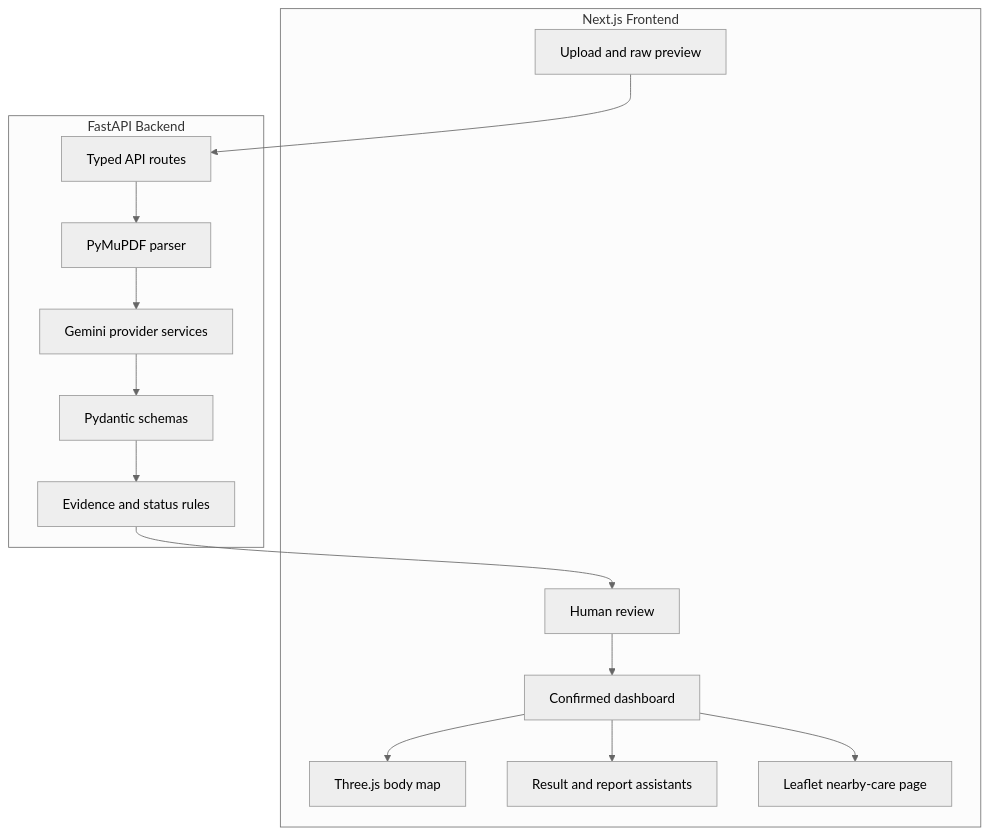
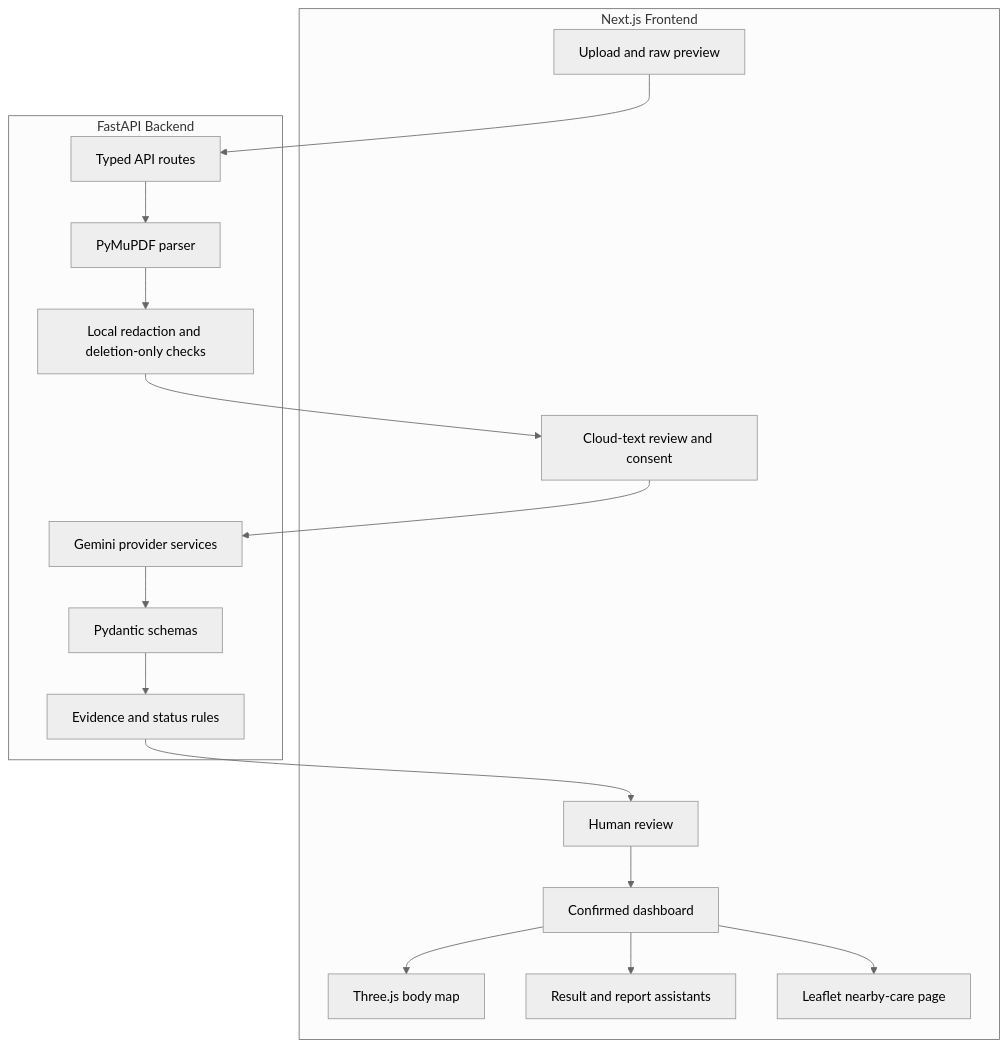
The second of 2 diagrams in README.md (Abdul-Zahid01/Clarity-Health-AI), drawn with Mermaid (neutral theme) before and after one commit. The commit also changed other lines of this file and 35 other files, not shown here.

First line of the commit message:
Improve educational atlas, privacy review, and RAG voice

````diff
--- a/README.md
+++ b/README.md
@@ -43,30 +45,34 @@
 ```mermaid
 flowchart TB
 	subgraph Web[Next.js Frontend]
 		Upload[Upload and raw preview]
+		PrivacyReview[Cloud-text review and consent]
 		Review[Human review]
 		Dashboard[Confirmed dashboard]
 		Anatomy[Three.js body map]
 		Chat[Result and report assistants]
 		Care[Leaflet nearby-care page]
 	end
 
 	subgraph API[FastAPI Backend]
 		Routes[Typed API routes]
 		Parser[PyMuPDF parser]
+		Privacy[Local redaction and deletion-only checks]
 		Models[Pydantic schemas]
 		Rules[Evidence and status rules]
 		AI[Gemini provider services]
 	end
 
 	Upload --> Routes
 	Routes --> Parser
-	Parser --> AI
+	Parser --> Privacy
+	Privacy --> PrivacyReview
+	PrivacyReview --> AI
 	AI --> Models
 	Models --> Rules
 	Rules --> Review
 	Review --> Dashboard
 	Dashboard --> Anatomy
 	Dashboard --> Chat
 	Dashboard --> Care
 ```
````
